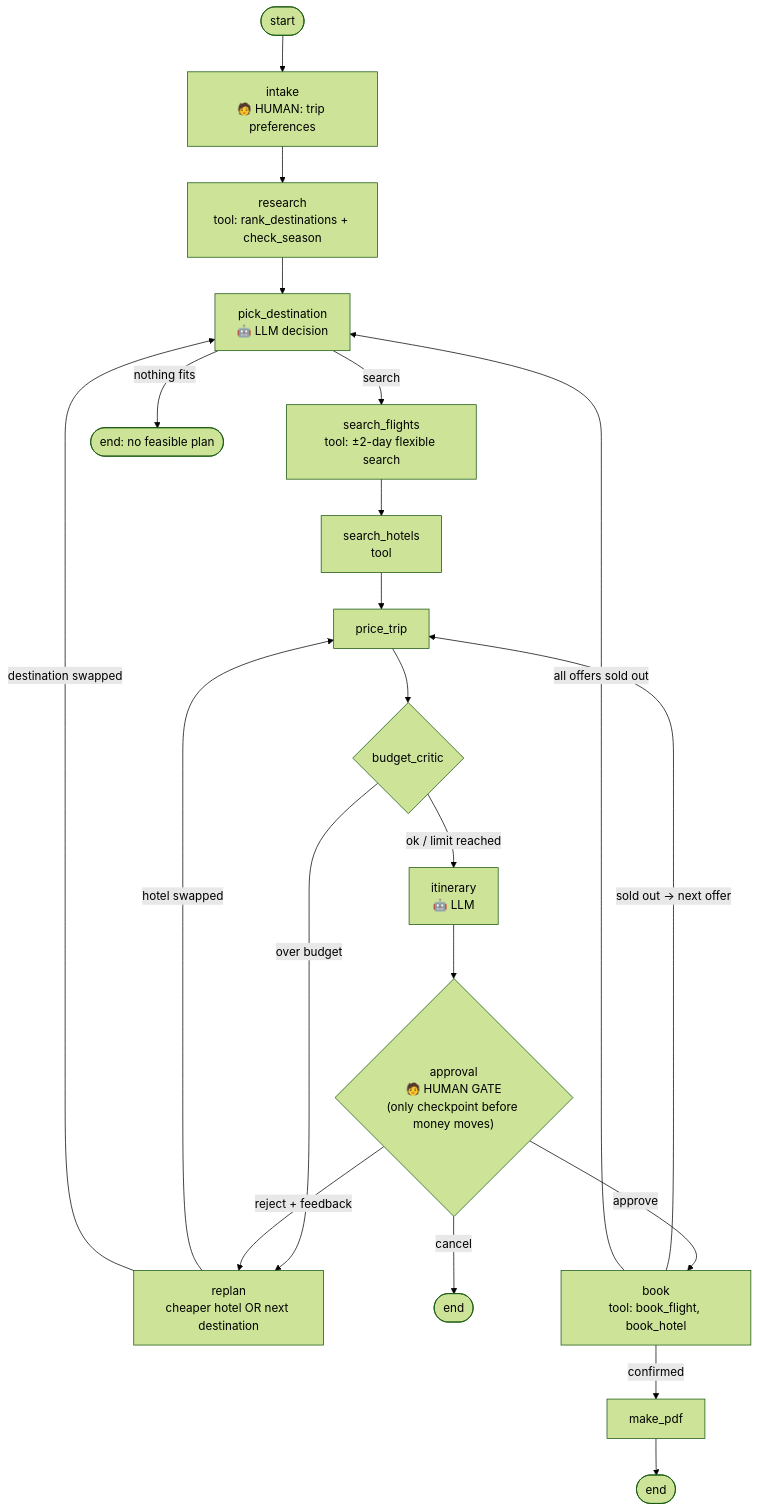
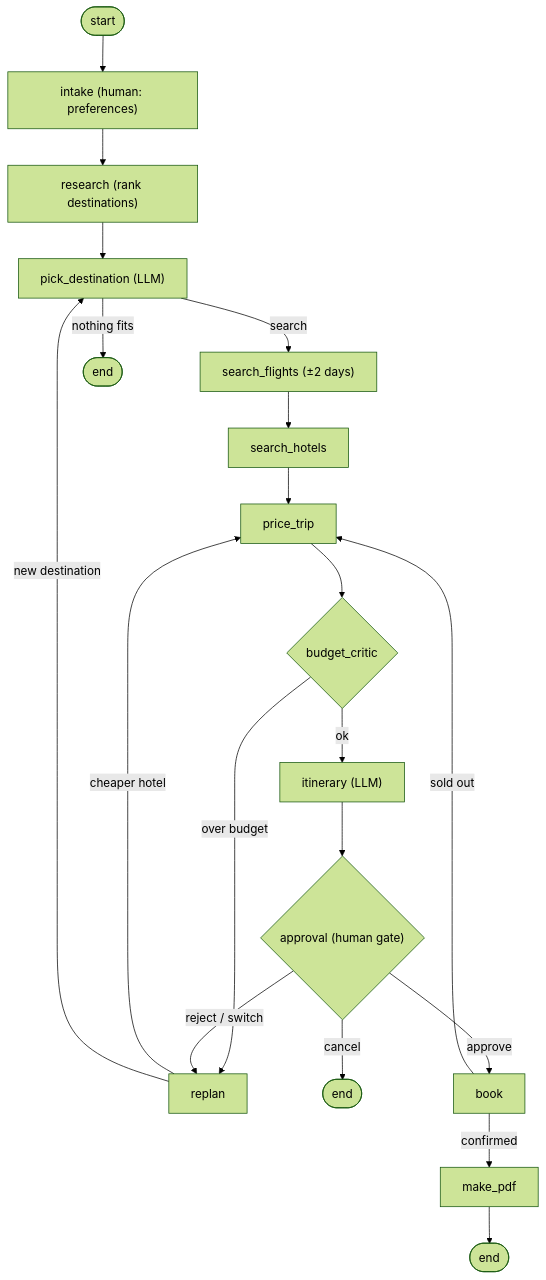
The diagram in README.md (Souvik-Vikie/AI-travel-planner), drawn with Mermaid (forest theme) before and after one commit. The commit also changed other lines of this file and 3 other files, not shown here.

````diff
--- a/README.md
+++ b/README.md
@@ -23,22 +19,21 @@
 ```mermaid
 graph TD
-    START([start]) --> intake["intake<br/>🧑 HUMAN: trip preferences"]
-    intake --> research["research<br/>tool: rank_destinations + check_season"]
-    research --> pick["pick_destination<br/>🤖 LLM decision"]
-    pick -->|search| flights["search_flights<br/>tool: ±2-day flexible search"]
-    pick -->|nothing fits| END1([end: no feasible plan])
-    flights --> hotels["search_hotels<br/>tool"]
+    START([start]) --> intake["intake (human: preferences)"]
+    intake --> research["research (rank destinations)"]
+    research --> pick["pick_destination (LLM)"]
+    pick -->|search| flights["search_flights (±2 days)"]
+    pick -->|nothing fits| END1([end])
+    flights --> hotels[search_hotels]
     hotels --> price[price_trip]
-    price --> critic{"budget_critic"}
-    critic -->|over budget| replan["replan<br/>cheaper hotel OR next destination"]
-    replan -->|hotel swapped| price
-    replan -->|destination swapped| pick
-    critic -->|ok / limit reached| itin["itinerary<br/>🤖 LLM"]
-    itin --> approval{"approval<br/>🧑 HUMAN GATE<br/>(only checkpoint before money moves)"}
-    approval -->|reject + feedback| replan
+    price --> critic{budget_critic}
+    critic -->|over budget| replan[replan]
+    replan -->|cheaper hotel| price
+    replan -->|new destination| pick
+    critic -->|ok| itin["itinerary (LLM)"]
+    itin --> approval{"approval (human gate)"}
+    approval -->|reject / switch| replan
     approval -->|cancel| END2([end])
-    approval -->|approve| book["book<br/>tool: book_flight, book_hotel"]
-    book -->|sold out → next offer| price
-    book -->|all offers sold out| pick
+    approval -->|approve| book[book]
+    book -->|sold out| price
     book -->|confirmed| pdf[make_pdf] --> END3([end])
 ```
````
